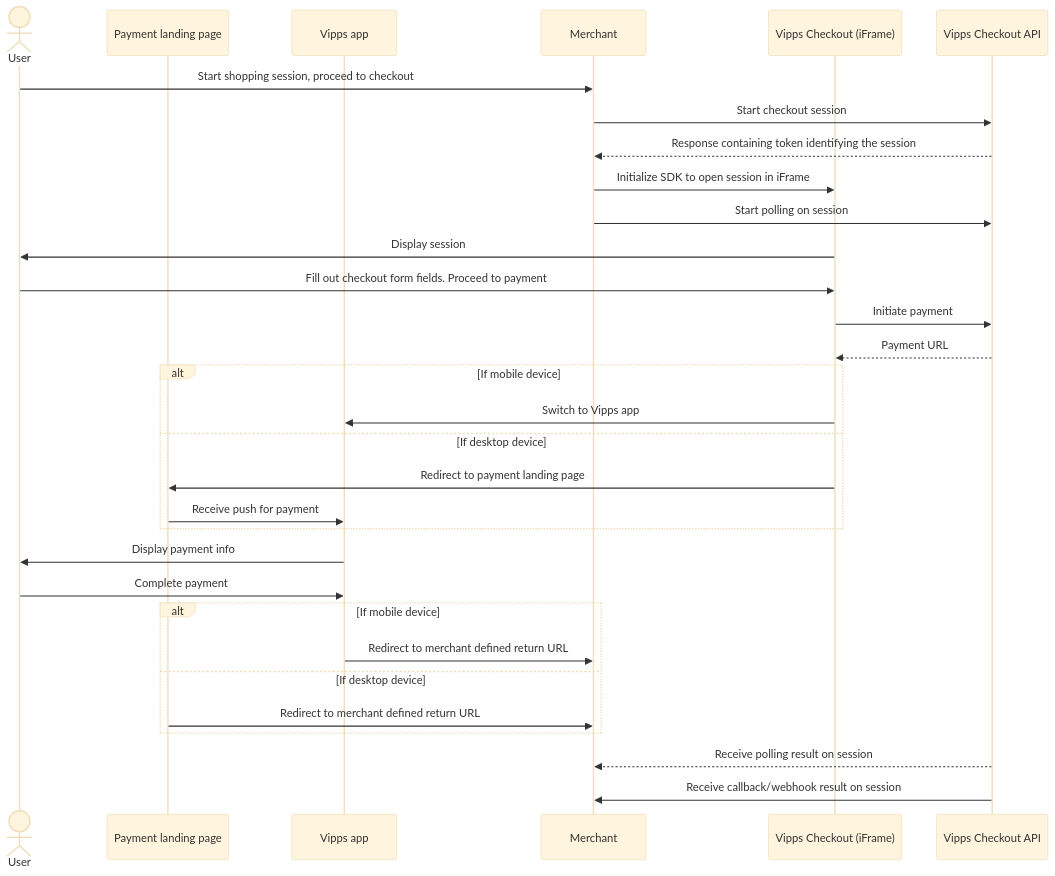
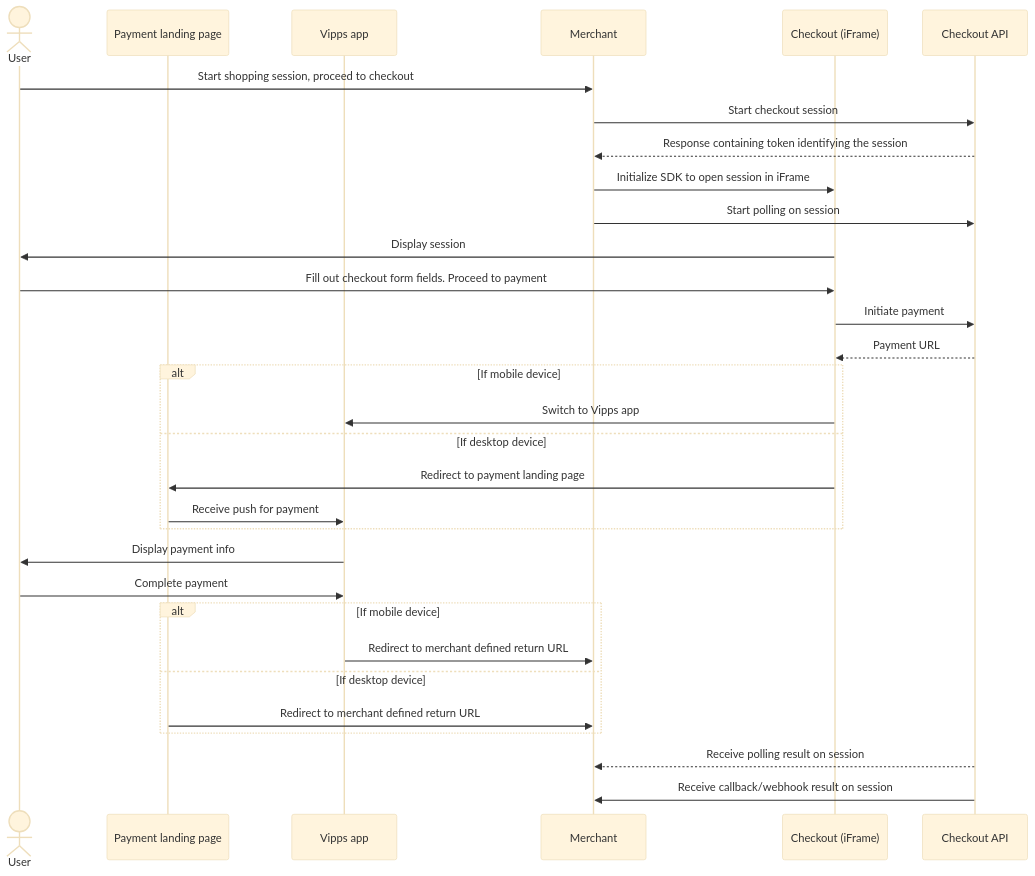
Before and after one commit to vippsas/vipps-checkout: the diagram in vipps-checkout-api.md, drawn with Mermaid (base theme). The commit also changed other lines of this file and 5 other files, not shown here.

````diff
--- a/vipps-checkout-api.md
+++ b/vipps-checkout-api.md
@@ -125,37 +127,37 @@
 ```mermaid
 sequenceDiagram
   actor User
   participant LandingPage as Payment landing page
   participant App as Vipps app
   participant Merchant
-  participant Frontend as Vipps Checkout (iFrame)
-  participant API as Vipps Checkout API
+  participant Frontend as Checkout (iFrame)
+  participant API as Checkout API
 
   User->>Merchant: Start shopping session, proceed to checkout
   Merchant->>API: Start checkout session
   API-->>Merchant: Response containing token identifying the session
   Merchant->>Frontend: Initialize SDK to open session in iFrame
   Merchant->>API: Start polling on session
   Frontend->>User: Display session
   User->>Frontend: Fill out checkout form fields. Proceed to payment
   Frontend->>API: Initiate payment
   API-->>Frontend: Payment URL
 
   alt If mobile device
     Frontend->>App: Switch to Vipps app
   else If desktop device
     Frontend->>LandingPage: Redirect to payment landing page
     LandingPage->>App: Receive push for payment
   end
   App->>User: Display payment info
   User->>App: Complete payment
 
   alt If mobile device
     App->>Merchant: Redirect to merchant defined return URL
   else If desktop device
     LandingPage->>Merchant: Redirect to merchant defined return URL
   end
 
   API-->>Merchant: Receive polling result on session
   API->>Merchant: Receive callback/webhook result on session
 ```
````
